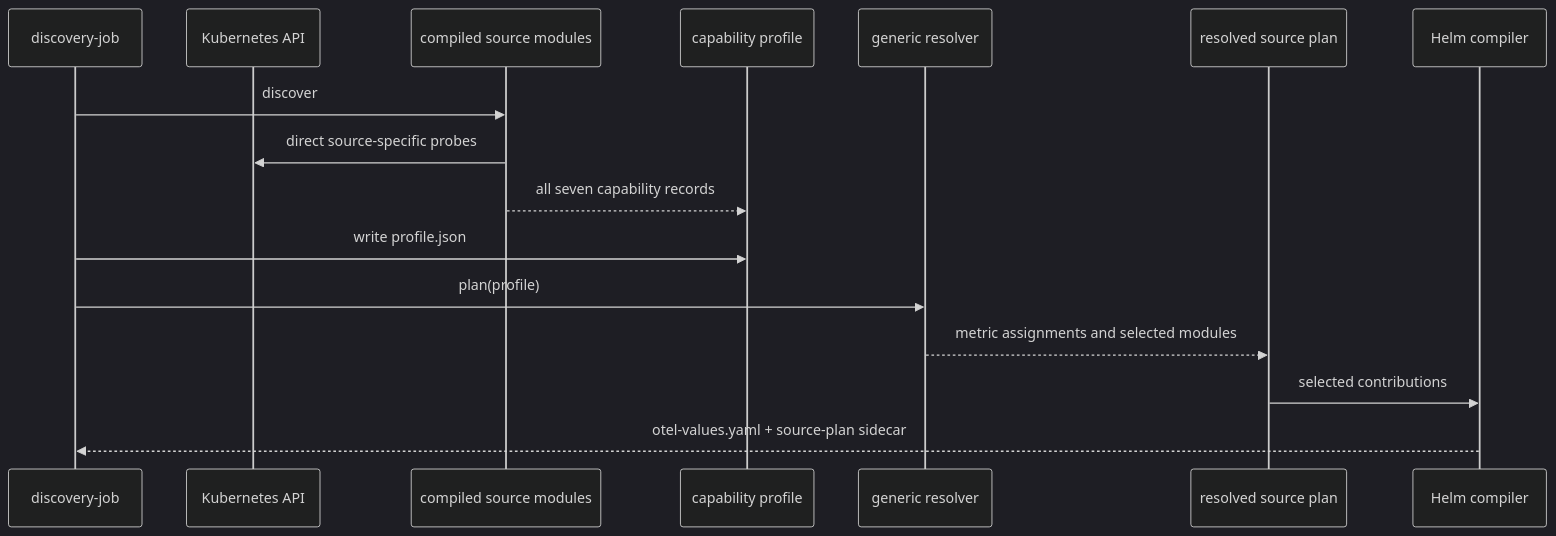
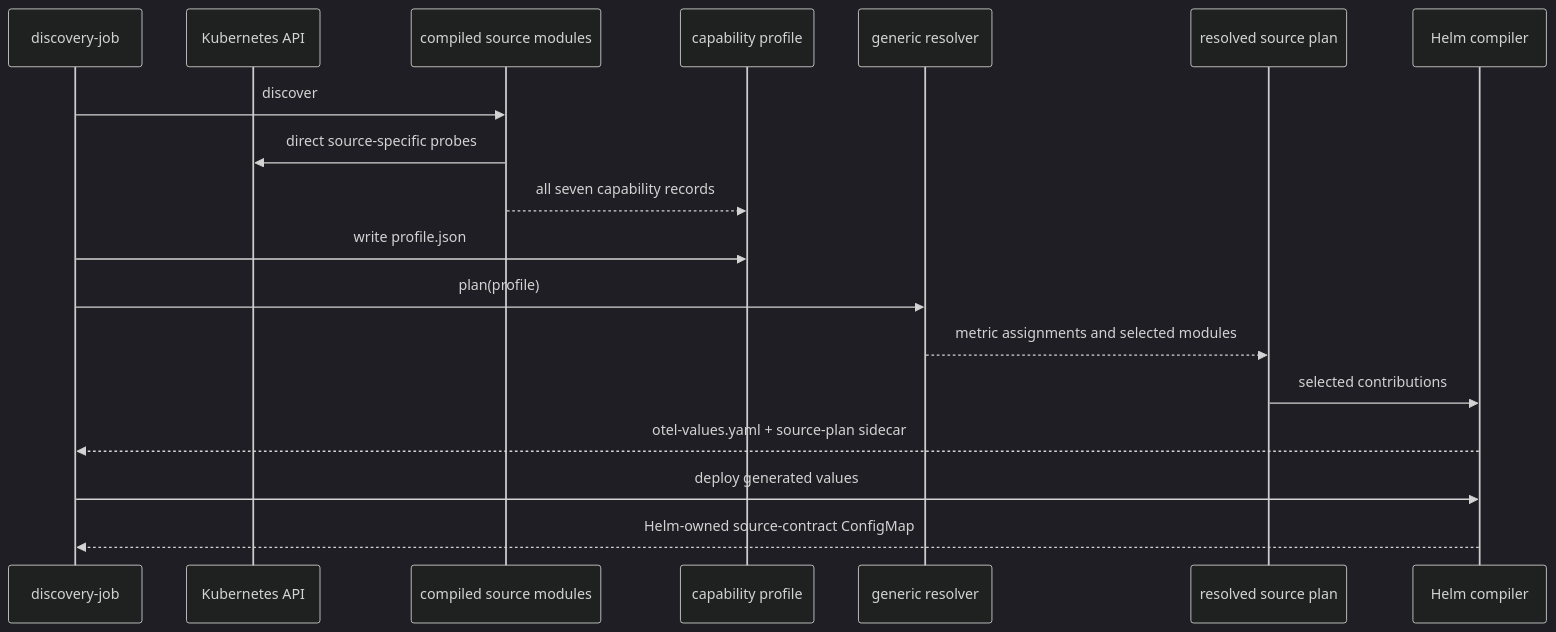
The diagram in docs/discovery-flow.md (erickivel/karthos), drawn with Mermaid (dark theme) before and after one commit. The commit also changed other lines of this file and 7 other files, not shown here.

Commit message:
docs(architecture): describe the mandatory source contract

````diff
--- a/docs/discovery-flow.md
+++ b/docs/discovery-flow.md
@@ -7,19 +7,21 @@
 ```mermaid
 sequenceDiagram
     participant CLI as discovery-job
     participant K as Kubernetes API
     participant M as compiled source modules
     participant P as capability profile
     participant R as generic resolver
     participant SP as resolved source plan
     participant H as Helm compiler
 
     CLI->>M: discover
     M->>K: direct source-specific probes
     M-->>P: all seven capability records
     CLI->>P: write profile.json
     CLI->>R: plan(profile)
     R-->>SP: metric assignments and selected modules
     SP->>H: selected contributions
     H-->>CLI: otel-values.yaml + source-plan sidecar
+    CLI->>H: deploy generated values
+    H-->>CLI: Helm-owned source-contract ConfigMap
 ```
````
